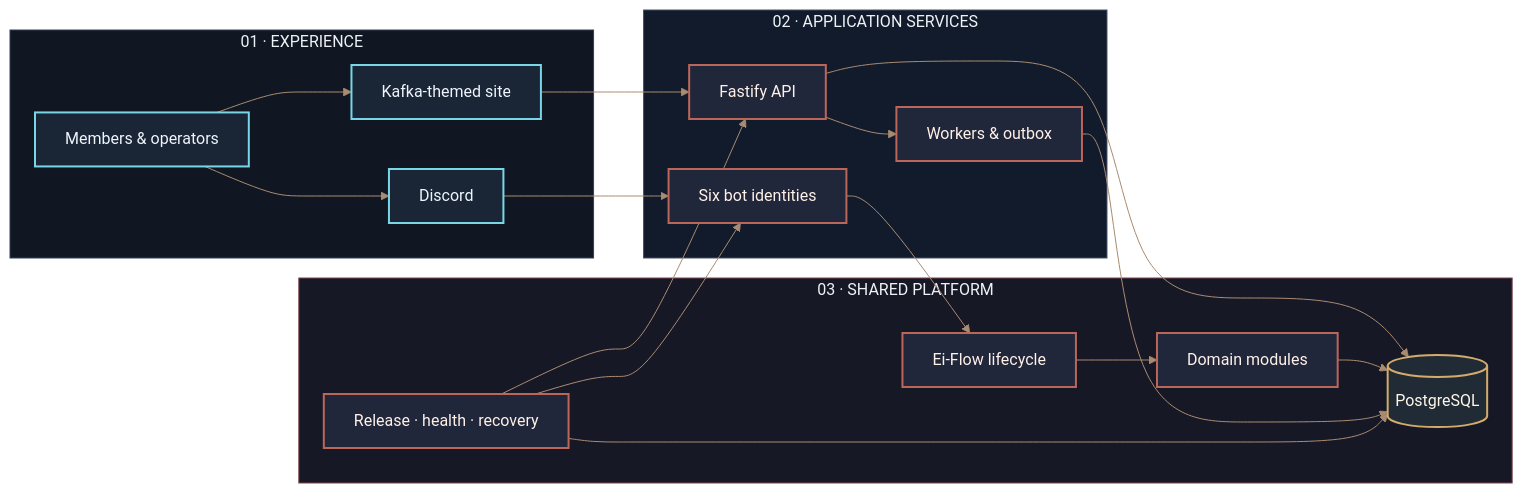
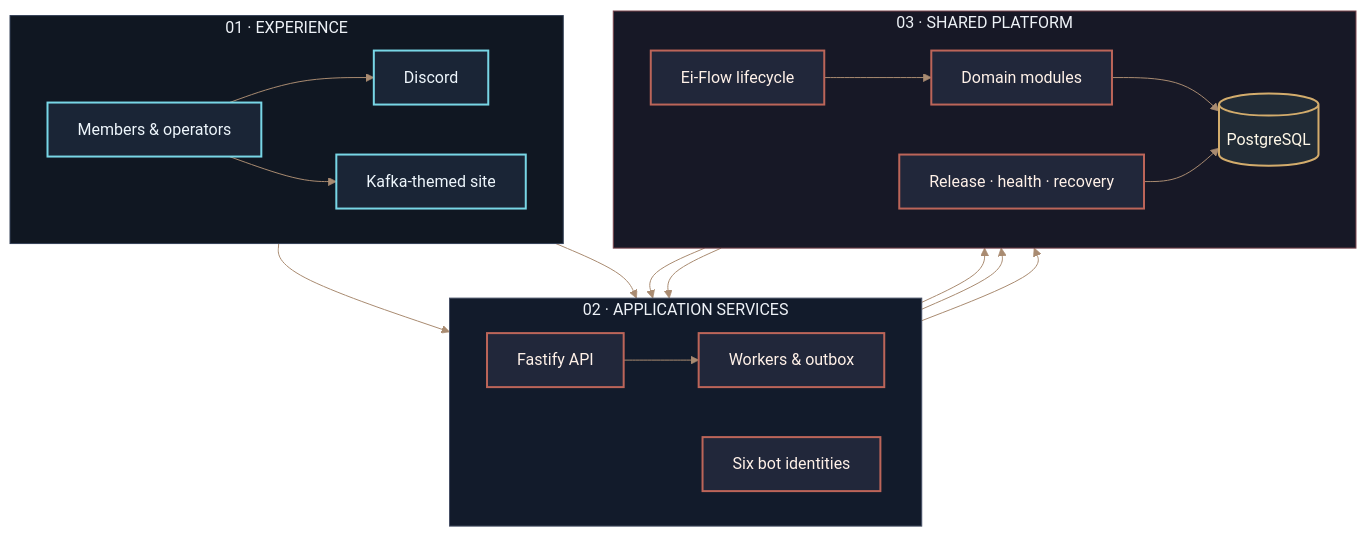
Before and after one commit to xyanncat/Ei-point: the first of 3 diagrams in README.md, drawn with Mermaid. The commit also changed other lines of this file, not shown here.

Commit message:
docs: improve README diagram readability

````diff
--- a/README.md
+++ b/README.md
@@ -69,42 +69,45 @@
 ```mermaid
 %%{init: {'theme':'base','themeVariables': {'primaryColor':'#171c29','primaryTextColor':'#eef2f7','primaryBorderColor':'#b95348','lineColor':'#a98b71','secondaryColor':'#20283a','tertiaryColor':'#111722','clusterBkg':'#0e1420','clusterBorder':'#39435a','fontFamily':'ui-sans-serif, system-ui, sans-serif'}}}%%
-flowchart LR
+flowchart TB
   subgraph Experience["01 · EXPERIENCE"]
+    direction LR
     Members[Members & operators]
     Discord[Discord]
     Site[Kafka-themed site]
   end
   subgraph Services["02 · APPLICATION SERVICES"]
+    direction LR
     API[Fastify API]
     Fleet[Six bot identities]
     Workers[Workers & outbox]
   end
   subgraph Core["03 · SHARED PLATFORM"]
+    direction LR
     Flow[Ei-Flow lifecycle]
     Domain[Domain modules]
     DB[(PostgreSQL)]
     Ops[Release · health · recovery]
   end
   Members --> Discord
   Members --> Site
   Site --> API
   Discord --> Fleet
   Fleet --> Flow
   Flow --> Domain
   API --> DB
   Domain --> DB
   API --> Workers
   Workers --> DB
   Ops --> API
   Ops --> Fleet
   Ops --> DB
   style Experience fill:#101722,stroke:#344157,color:#eef2f7
   style Services fill:#121b2b,stroke:#475066,color:#eef2f7
   style Core fill:#171826,stroke:#7b454d,color:#eef2f7
   classDef actor fill:#1a2536,stroke:#78d6e6,color:#eef6fc,stroke-width:2px
   classDef service fill:#21273a,stroke:#bc6559,color:#fff1e8,stroke-width:2px
   classDef durable fill:#212b36,stroke:#d3ac6c,color:#fff8e8,stroke-width:2px
   class Members,Discord,Site actor
   class API,Fleet,Workers,Flow,Domain,Ops service
   class DB durable
 ```
````
